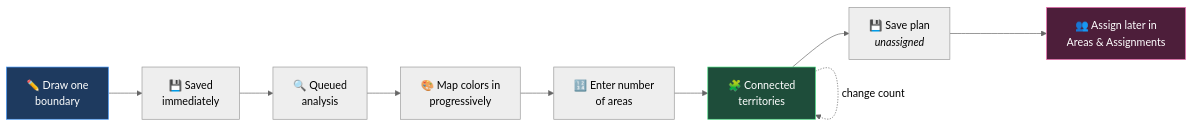
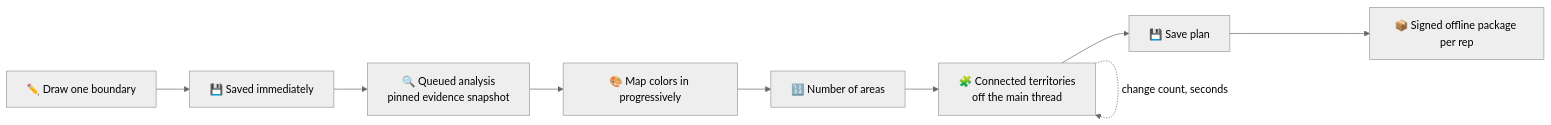
One commit to invisibleontheblockchain/firstknock-sales-os changed the sixth of 6 diagrams in README.md. Above: the diagram before and after it, drawn with Mermaid (neutral theme). The commit also changed other lines of this file and 1 other file, not shown here.

````diff
--- a/README.md
+++ b/README.md
@@ -229,15 +408,11 @@
 ```mermaid
 flowchart LR
-    A["✏️ Draw one<br/>boundary"] --> B["💾 Saved<br/>immediately"]
-    B --> C["🔍 Queued<br/>analysis"]
-    C --> D["🎨 Map colors in<br/>progressively"]
-    D --> E["🔢 Enter number<br/>of areas"]
-    E --> F["🧩 Connected<br/>territories"]
-    F --> G["💾 Save plan<br/><i>unassigned</i>"]
-    G --> H["👥 Assign later in<br/>Areas &amp; Assignments"]
-    F -.->|change count| F
-
-    style A fill:#1e3a5f,stroke:#4a9eff,color:#fff
-    style F fill:#1e4d3a,stroke:#4ade80,color:#fff
-    style H fill:#4d1e3a,stroke:#f472b6,color:#fff
+    A["✏️ Draw one boundary"] --> B["💾 Saved immediately"]
+    B --> C["🔍 Queued analysis<br/>pinned evidence snapshot"]
+    C --> D["🎨 Map colors in progressively"]
+    D --> E["🔢 Number of areas"]
+    E --> F["🧩 Connected territories<br/>off the main thread"]
+    F --> G["💾 Save plan"]
+    G --> H["📦 Signed offline package per rep"]
+    F -.->|change count, seconds| F
 ```
````
